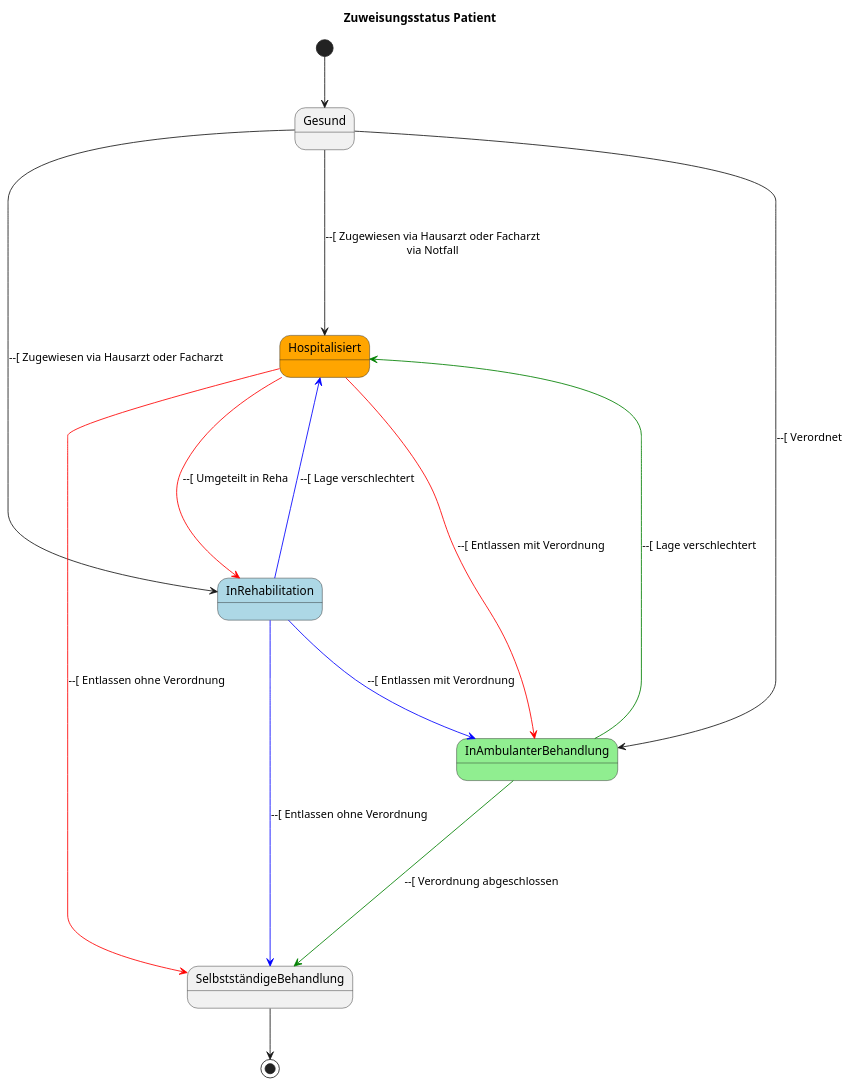
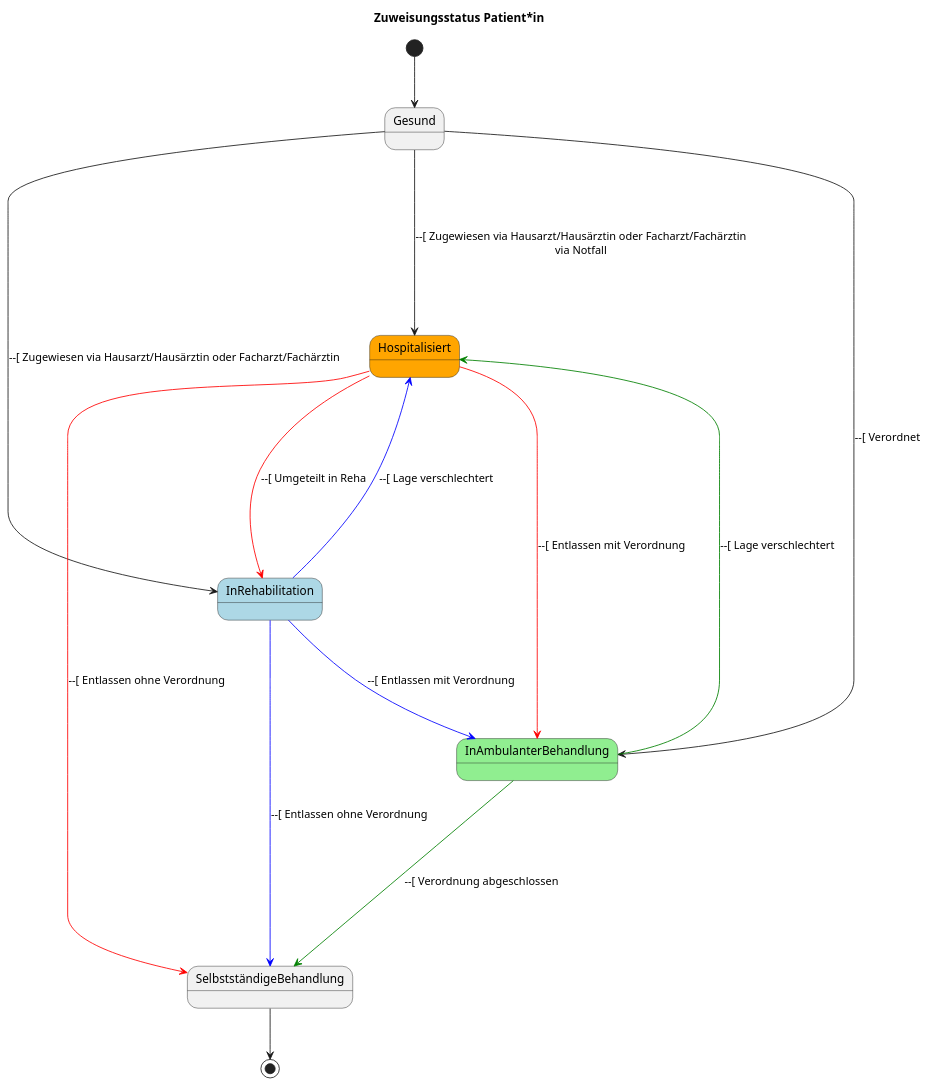
One commit to markuskaufmann/CAS_SA_Transfer changed the diagram in arc42_documentation/additional_diagrams/life_cycle_patient.puml. Above: the diagram before and after it, drawn with PlantUML.

Commit message:
#39 gendered patient uml diagram

```diff
--- a/arc42_documentation/additional_diagrams/life_cycle_patient.puml
+++ b/arc42_documentation/additional_diagrams/life_cycle_patient.puml
@@ -1,28 +1,28 @@
 @startuml Therapie Lifecicle
-title Zuweisungsstatus Patient
+title Zuweisungsstatus Patient*in
 
 State Gesund
 State Hospitalisiert #Orange
 State InAmbulanterBehandlung #LightGreen
 State InRehabilitation #LightBlue
 
 [*] --> Gesund
 
-Gesund ---->  Hospitalisiert : --[ Zugewiesen via Hausarzt oder Facharzt\nvia Notfall
-Gesund ---->  InRehabilitation : --[ Zugewiesen via Hausarzt oder Facharzt
+Gesund ---->  Hospitalisiert : --[ Zugewiesen via Hausarzt/Hausärztin oder Facharzt/Fachärztin\nvia Notfall
+Gesund ---->  InRehabilitation : --[ Zugewiesen via Hausarzt/Hausärztin oder Facharzt/Fachärztin
 Gesund ---->  InAmbulanterBehandlung : --[ Verordnet
 
 Hospitalisiert --[#Red]--> InRehabilitation : --[ Umgeteilt in Reha
 Hospitalisiert --[#Red]--> InAmbulanterBehandlung : --[ Entlassen mit Verordnung
 Hospitalisiert --[#Red]--> SelbstständigeBehandlung : --[ Entlassen ohne Verordnung
 
 InRehabilitation --[#Blue]-> InAmbulanterBehandlung : --[ Entlassen mit Verordnung
 InRehabilitation --[#Blue]--> Hospitalisiert : --[ Lage verschlechtert
 InRehabilitation --[#Blue]--> SelbstständigeBehandlung : --[ Entlassen ohne Verordnung
 
 InAmbulanterBehandlung --[#Green]--> Hospitalisiert : --[ Lage verschlechtert
 InAmbulanterBehandlung --[#Green]--> SelbstständigeBehandlung : --[ Verordnung abgeschlossen
 
 SelbstständigeBehandlung --> [*]
 
 @enduml
```
